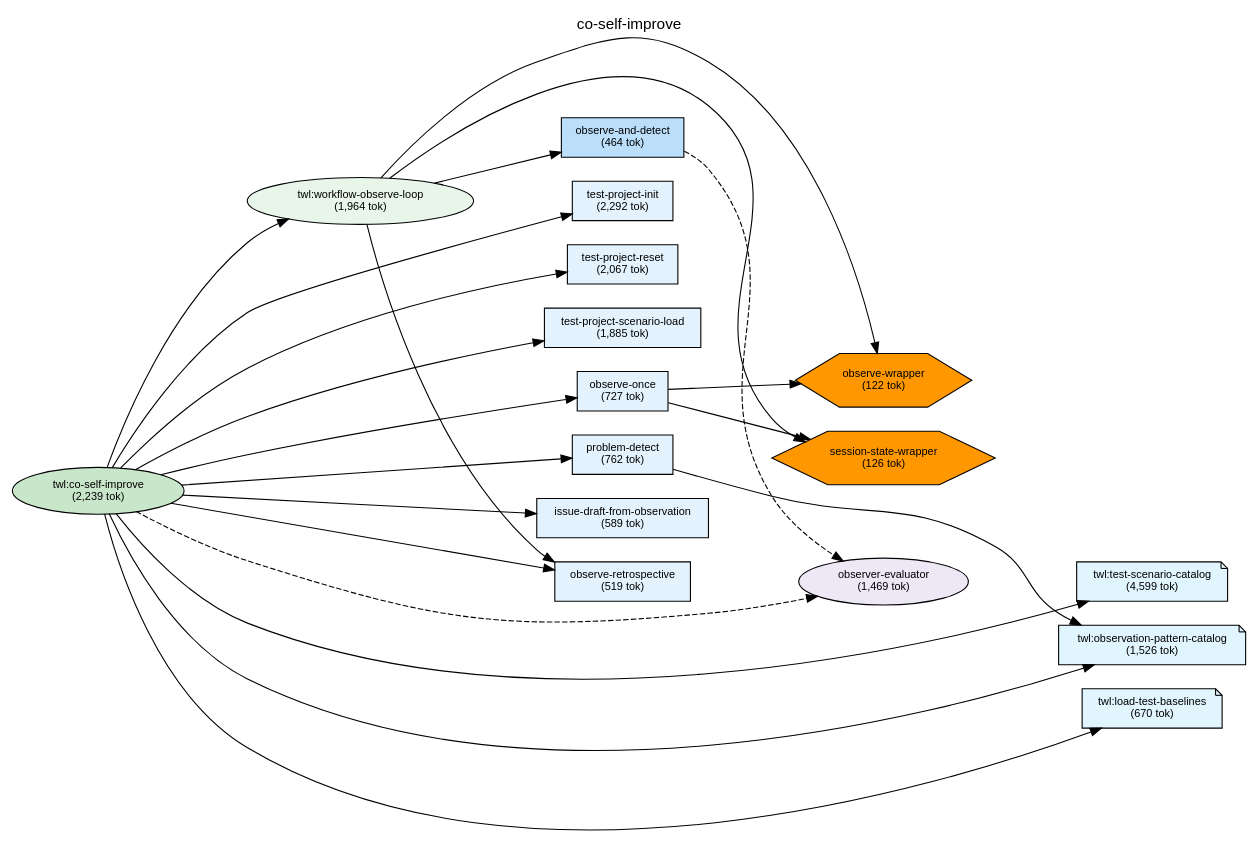
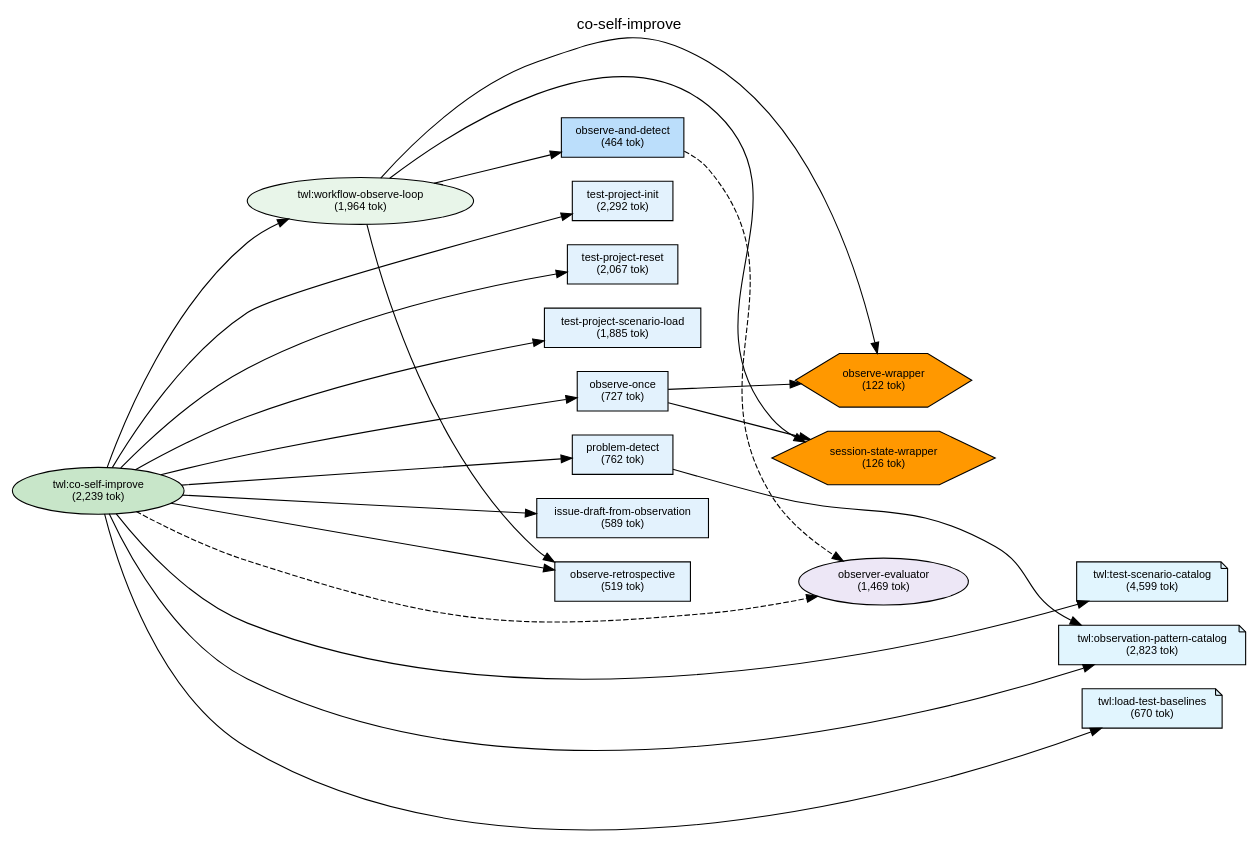
The diagram in plugins/twl/docs/deps-co-self-improve.dot (shuu5/twill), drawn with Graphviz before and after one commit. The commit also changed 33 other files, not shown here.

```diff
--- a/plugins/twl/docs/deps-co-self-improve.dot
+++ b/plugins/twl/docs/deps-co-self-improve.dot
@@ -1,96 +1,96 @@
 digraph Dependencies {
     // Graph settings
     rankdir=LR;
     ranksep=0.8;
     nodesep=0.3;
     fontname="Helvetica";
     node [fontname="Helvetica", fontsize=10];
     edge [fontname="Helvetica", fontsize=9];
     label="co-self-improve";
     labelloc=t;
     fontsize=14;
 
     // L0: Controller Skills
     skill_co_self_improve [label="twl:co-self-improve\n(2,239 tok)", shape=ellipse, style=filled, fillcolor="#c8e6c9"];
 
     // L0: Launchers
 
     // L0.5: Workflow Skills
     skill_workflow_observe_loop [label="twl:workflow-observe-loop\n(1,964 tok)", shape=ellipse, style=filled, fillcolor="#e8f5e9"];
 
     // Reference Skills
     skill_test_scenario_catalog [label="twl:test-scenario-catalog\n(4,599 tok)", shape=note, style=filled, fillcolor="#e1f5fe"];
-    skill_observation_pattern_catalog [label="twl:observation-pattern-catalog\n(1,526 tok)", shape=note, style=filled, fillcolor="#e1f5fe"];
+    skill_observation_pattern_catalog [label="twl:observation-pattern-catalog\n(2,823 tok)", shape=note, style=filled, fillcolor="#e1f5fe"];
     skill_load_test_baselines [label="twl:load-test-baselines\n(670 tok)", shape=note, style=filled, fillcolor="#e1f5fe"];
 
     // L1: Direct Commands
     cmd_observe_once [label="observe-once\n(727 tok)", shape=box, style=filled, fillcolor="#e3f2fd"];
     cmd_problem_detect [label="problem-detect\n(762 tok)", shape=box, style=filled, fillcolor="#e3f2fd"];
     cmd_issue_draft_from_observation [label="issue-draft-from-observation\n(589 tok)", shape=box, style=filled, fillcolor="#e3f2fd"];
     cmd_observe_and_detect [label="observe-and-detect\n(464 tok)", shape=box, style=filled, fillcolor="#bbdefb"];
     cmd_observe_retrospective [label="observe-retrospective\n(519 tok)", shape=box, style=filled, fillcolor="#e3f2fd"];
     cmd_test_project_init [label="test-project-init\n(2,292 tok)", shape=box, style=filled, fillcolor="#e3f2fd"];
     cmd_test_project_reset [label="test-project-reset\n(2,067 tok)", shape=box, style=filled, fillcolor="#e3f2fd"];
     cmd_test_project_scenario_load [label="test-project-scenario-load\n(1,885 tok)", shape=box, style=filled, fillcolor="#e3f2fd"];
 
     // L2: Sub Commands
 
     // L3: Agents
     agent_observer_evaluator [label="observer-evaluator\n(1,469 tok)", shape=ellipse, style=filled, fillcolor="#ede7f6"];
 
     // L3.5: Scripts
     script_observe_wrapper [label="observe-wrapper\n(122 tok)", shape=hexagon, style=filled, fillcolor="#FF9800"];
     script_session_state_wrapper [label="session-state-wrapper\n(126 tok)", shape=hexagon, style=filled, fillcolor="#FF9800"];
 
     // L4: External
 
     // Layer constraints
     { rank=same; skill_co_self_improve; }
     { rank=same; skill_workflow_observe_loop; }
     { rank=same; skill_test_scenario_catalog; skill_observation_pattern_catalog; skill_load_test_baselines; }
     { rank=same; cmd_observe_once; cmd_problem_detect; cmd_issue_draft_from_observation; cmd_observe_and_detect; cmd_observe_retrospective; cmd_test_project_init; cmd_test_project_reset; cmd_test_project_scenario_load; }
     { rank=same; agent_observer_evaluator; }
     { rank=same; script_observe_wrapper; script_session_state_wrapper; }
 
     // Edges
     skill_co_self_improve -> skill_workflow_observe_loop;
     skill_co_self_improve -> cmd_test_project_init;
     skill_co_self_improve -> cmd_test_project_reset;
     skill_co_self_improve -> cmd_test_project_scenario_load;
     skill_co_self_improve -> cmd_observe_once;
     skill_co_self_improve -> cmd_problem_detect;
     skill_co_self_improve -> cmd_issue_draft_from_observation;
     skill_co_self_improve -> cmd_observe_retrospective;
     skill_co_self_improve -> agent_observer_evaluator [style=dashed];
     skill_co_self_improve -> skill_test_scenario_catalog;
     skill_co_self_improve -> skill_observation_pattern_catalog;
     skill_co_self_improve -> skill_load_test_baselines;
     skill_workflow_observe_loop -> cmd_observe_and_detect;
     skill_workflow_observe_loop -> cmd_observe_retrospective;
     skill_workflow_observe_loop -> script_observe_wrapper;
     skill_workflow_observe_loop -> script_session_state_wrapper;
     cmd_observe_once -> script_observe_wrapper;
     cmd_observe_once -> script_session_state_wrapper;
     cmd_problem_detect -> skill_observation_pattern_catalog;
     cmd_observe_and_detect -> agent_observer_evaluator [style=dashed];
 
     // Ordering constraints (invisible edges)
     skill_workflow_observe_loop -> cmd_test_project_init [style=invis, weight=10];
     cmd_test_project_init -> cmd_test_project_reset [style=invis, weight=10];
     cmd_test_project_reset -> cmd_test_project_scenario_load [style=invis, weight=10];
     cmd_test_project_scenario_load -> cmd_observe_once [style=invis, weight=10];
     cmd_observe_once -> cmd_problem_detect [style=invis, weight=10];
     cmd_problem_detect -> cmd_issue_draft_from_observation [style=invis, weight=10];
     cmd_issue_draft_from_observation -> cmd_observe_retrospective [style=invis, weight=10];
     cmd_observe_retrospective -> agent_observer_evaluator [style=invis, weight=10];
     agent_observer_evaluator -> skill_test_scenario_catalog [style=invis, weight=10];
     skill_test_scenario_catalog -> skill_observation_pattern_catalog [style=invis, weight=10];
     skill_observation_pattern_catalog -> skill_load_test_baselines [style=invis, weight=10];
     cmd_observe_once -> cmd_problem_detect [style=invis, weight=10];
     cmd_problem_detect -> agent_observer_evaluator [style=invis, weight=10];
     cmd_observe_and_detect -> cmd_observe_retrospective [style=invis, weight=10];
     cmd_observe_retrospective -> script_observe_wrapper [style=invis, weight=10];
     script_observe_wrapper -> script_session_state_wrapper [style=invis, weight=10];
     script_observe_wrapper -> script_session_state_wrapper [style=invis, weight=10];
 
 }
```
